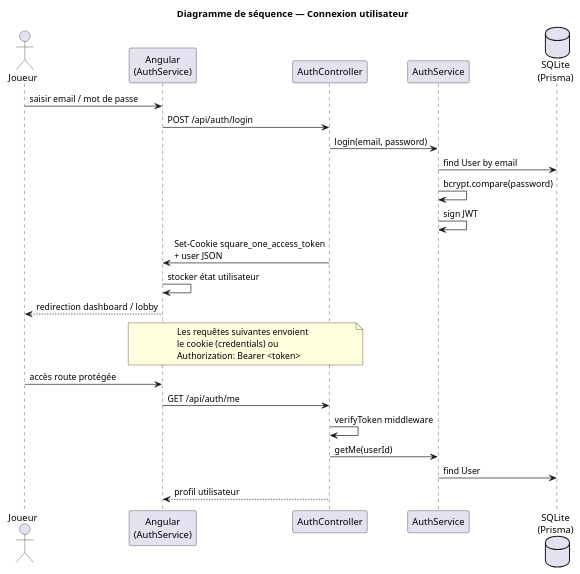
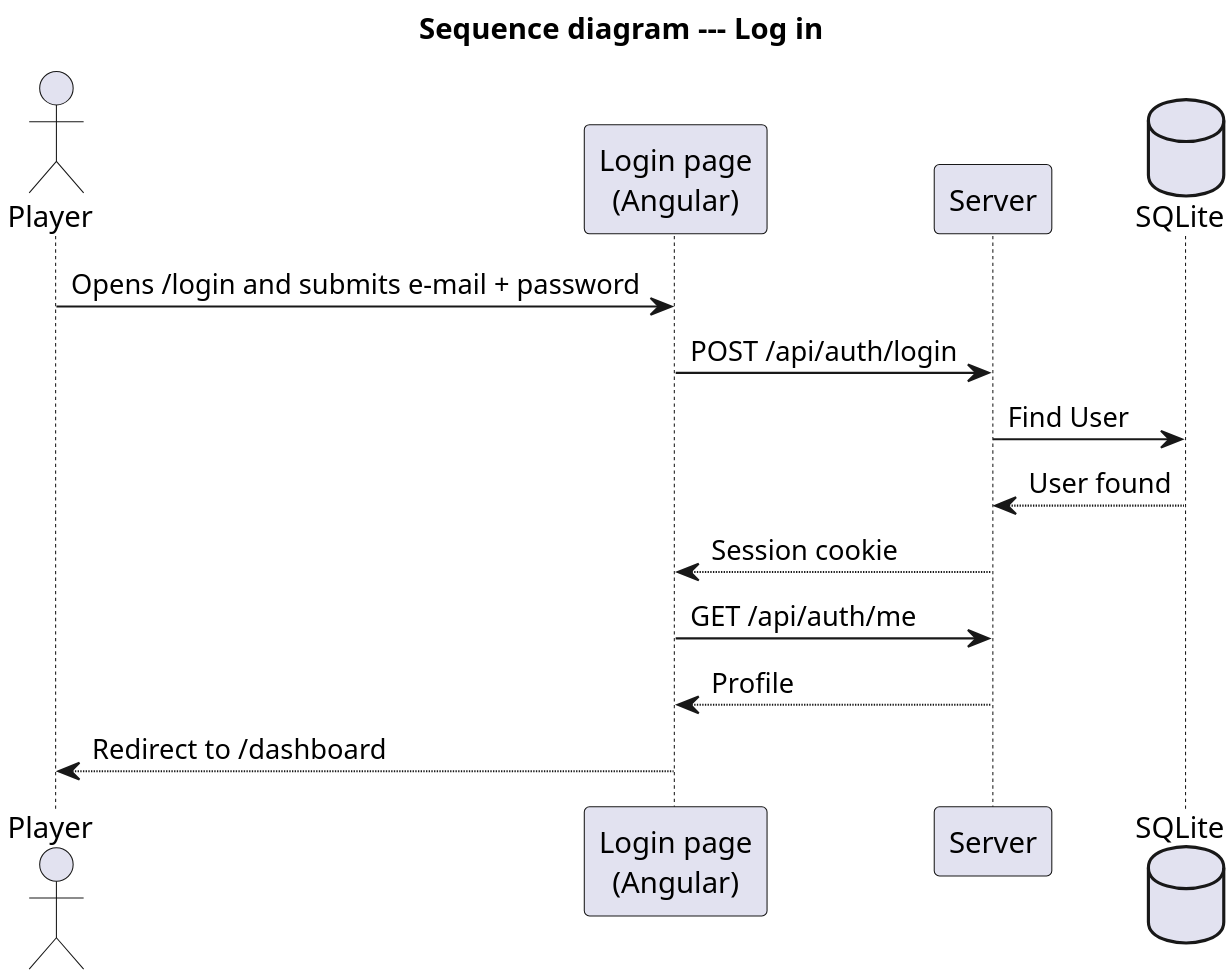
Before and after one commit to dhialasmer12/square-one-chess: the diagram in docs/uml/05-sequence-auth.puml, drawn with PlantUML. The commit also changed 313 other files, not shown here.

Commit message:
Publish the completed Square One PFE: app updates, rapport, UML, and UI figures.

```diff
--- a/docs/uml/05-sequence-auth.puml
+++ b/docs/uml/05-sequence-auth.puml
@@ -1,33 +1,19 @@
 @startuml Sequence_Authentication
-title Diagramme de séquence — Connexion utilisateur
+skinparam dpi 300
+skinparam shadowing false
+title Sequence diagram --- Log in
 
-actor Joueur as U
-participant "Angular\n(AuthService)" as FE
-participant "AuthController" as AC
-participant "AuthService" as AS
-database "SQLite\n(Prisma)" as DB
+actor Player
+participant "Login page\n(Angular)" as UI
+participant "Server" as S
+database "SQLite" as DB
 
-U -> FE : saisir email / mot de passe
-FE -> AC : POST /api/auth/login
-AC -> AS : login(email, password)
-AS -> DB : find User by email
-AS -> AS : bcrypt.compare(password)
-AS -> AS : sign JWT
-AC -> FE : Set-Cookie square_one_access_token\n+ user JSON
-FE -> FE : stocker état utilisateur
-FE --> U : redirection dashboard / lobby
-
-note over FE, AC
-  Les requêtes suivantes envoient
-  le cookie (credentials) ou
-  Authorization: Bearer <token>
-end note
-
-U -> FE : accès route protégée
-FE -> AC : GET /api/auth/me
-AC -> AC : verifyToken middleware
-AC -> AS : getMe(userId)
-AS -> DB : find User
-AC --> FE : profil utilisateur
-
+Player -> UI : Opens /login and submits e-mail + password
+UI -> S : POST /api/auth/login
+S -> DB : Find User
+DB --> S : User found
+S --> UI : Session cookie
+UI -> S : GET /api/auth/me
+S --> UI : Profile
+UI --> Player : Redirect to /dashboard
 @enduml
```
